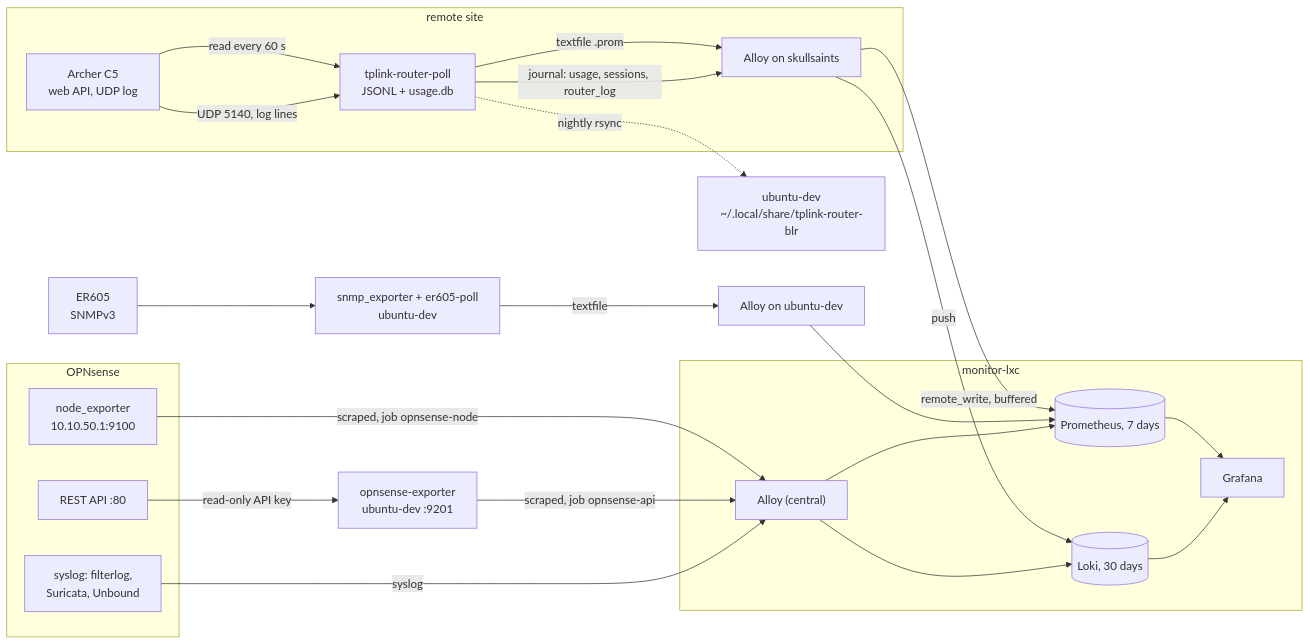
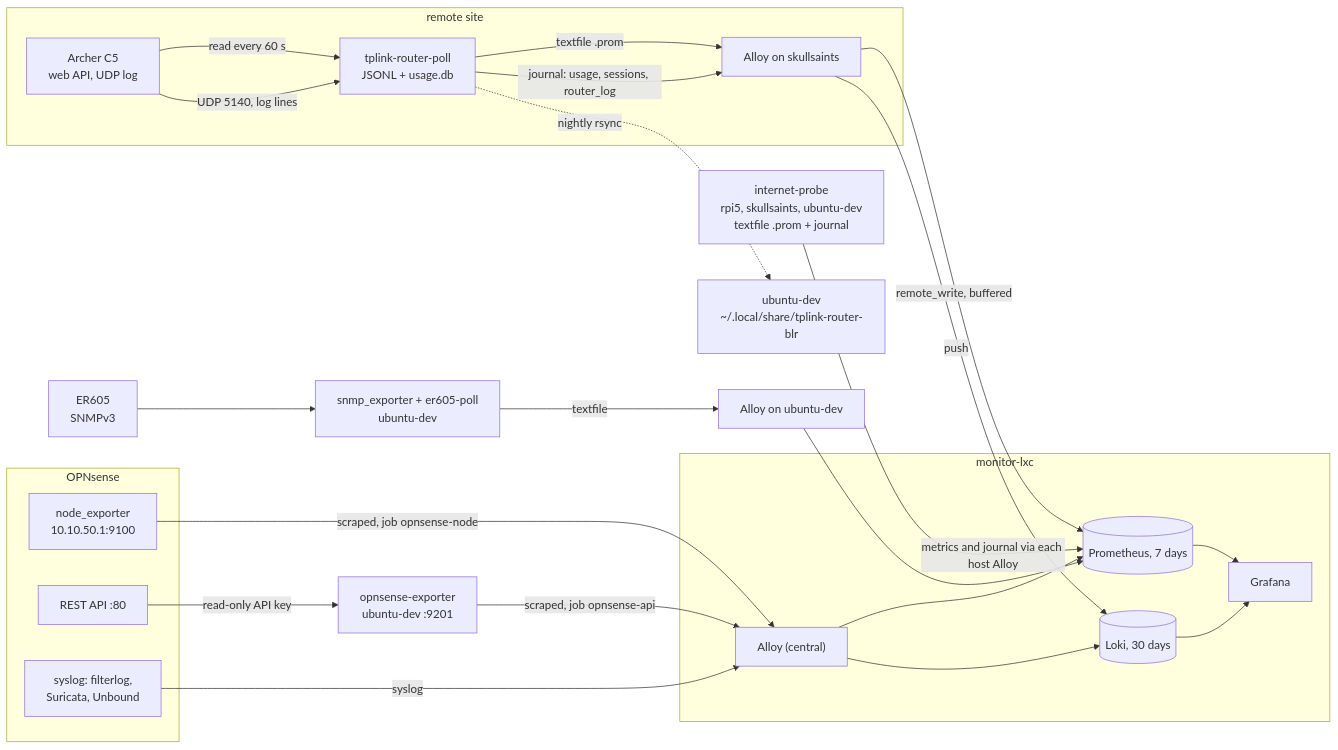
The second of 2 diagrams in monitoring/docs/monitoring/routers.md (HarshitRuwali/homelab-infra), drawn with Mermaid before and after one commit. The commit also changed other lines of this file and 18 other files, not shown here.

````diff
--- a/monitoring/docs/monitoring/routers.md
+++ b/monitoring/docs/monitoring/routers.md
@@ -87,44 +88,46 @@
 ```mermaid
 flowchart LR
   subgraph remote["remote site"]
     tp["Archer C5<br/>web API, UDP log"]
     poll["tplink-router-poll<br/>JSONL + usage.db"]
     ra["Alloy on skullsaints"]
     tp -->|"read every 60 s"| poll
     tp -->|"UDP 5140, log lines"| poll
     poll -->|"textfile .prom"| ra
     poll -->|"journal: usage, sessions, router_log"| ra
   end
 
   subgraph fw["OPNsense"]
     ne["node_exporter<br/>10.10.50.1:9100"]
     api["REST API :80"]
     sl["syslog: filterlog,<br/>Suricata, Unbound"]
   end
 
   oe["opnsense-exporter<br/>ubuntu-dev :9201"]
   er["ER605<br/>SNMPv3"]
   snmp["snmp_exporter + er605-poll<br/>ubuntu-dev"]
   da["Alloy on ubuntu-dev"]
+  probe["internet-probe<br/>rpi5, skullsaints, ubuntu-dev<br/>textfile .prom + journal"]
 
   subgraph central["monitor-lxc"]
     ca["Alloy (central)"]
     prom[("Prometheus, 7 days")]
     loki[("Loki, 30 days")]
     graf["Grafana"]
   end
 
   api -->|"read-only API key"| oe
   ne -->|"scraped, job opnsense-node"| ca
   oe -->|"scraped, job opnsense-api"| ca
   sl -->|"syslog"| ca
   er --> snmp -->|"textfile"| da
   ra -->|"remote_write, buffered"| prom
   ra -->|"push"| loki
   da --> prom
+  probe -->|"metrics and journal via each host Alloy"| prom
   ca --> prom
   ca --> loki
   prom --> graf
   loki --> graf
   poll -.->|"nightly rsync"| dev["ubuntu-dev<br/>~/.local/share/tplink-router-blr"]
 ```
````
